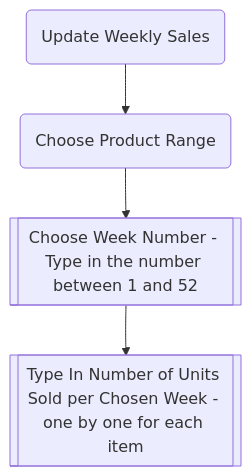
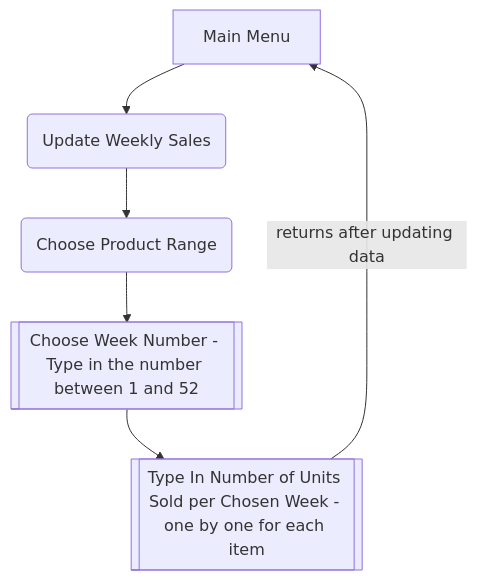
Before and after one commit to Mykola-CI/forward-stock-plan: the third of 4 diagrams in README.md, drawn with Mermaid. The commit also changed other lines of this file, not shown here.

Commit message:
Update readme. More charts

````diff
--- a/README.md
+++ b/README.md
@@ -127,6 +130,8 @@
 ```mermaid
 flowchart TB
+A[Main Menu]-->AC
 AC(Update Weekly Sales)-->ABP(Choose Product Range)
 ABP-->W[[Choose Week Number - Type in the number between 1 and 52]]
 W-->TYPE[[Type In Number of Units Sold per Chosen Week - one by one for each item]]
+TYPE--returns after updating data-->A
 ```
````
